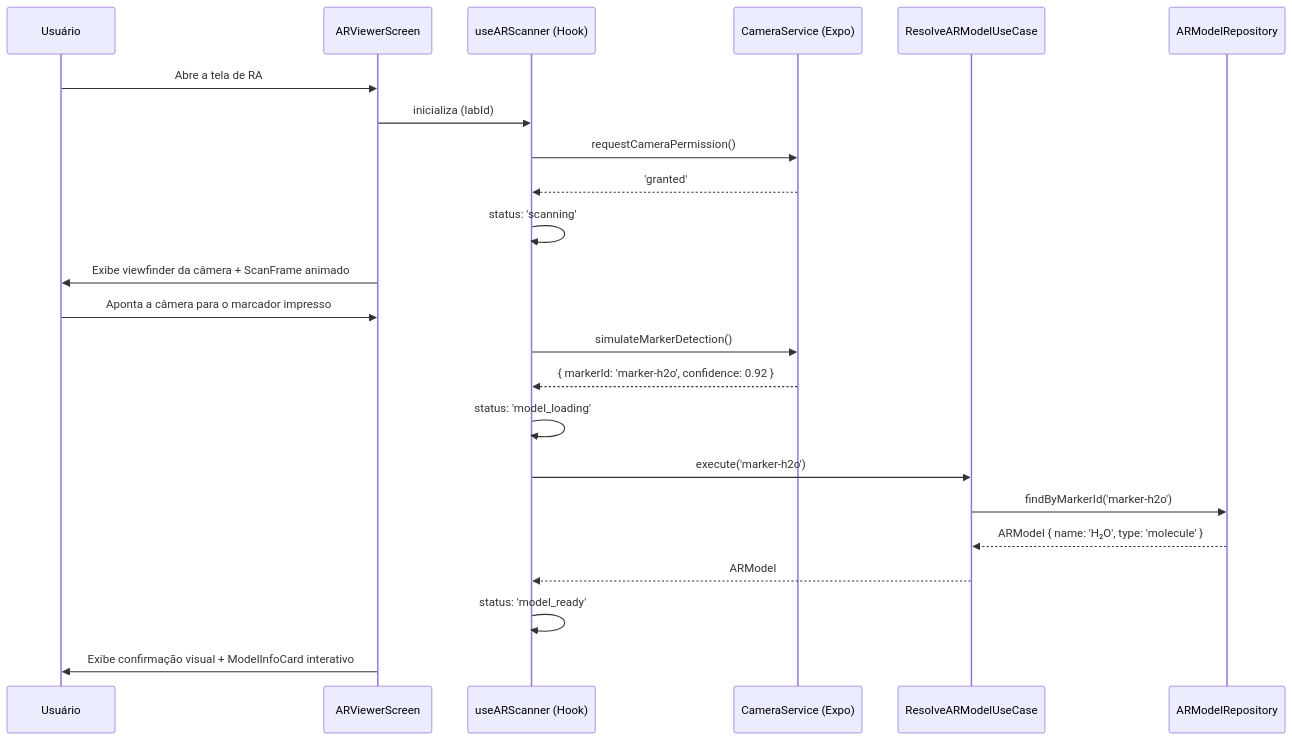
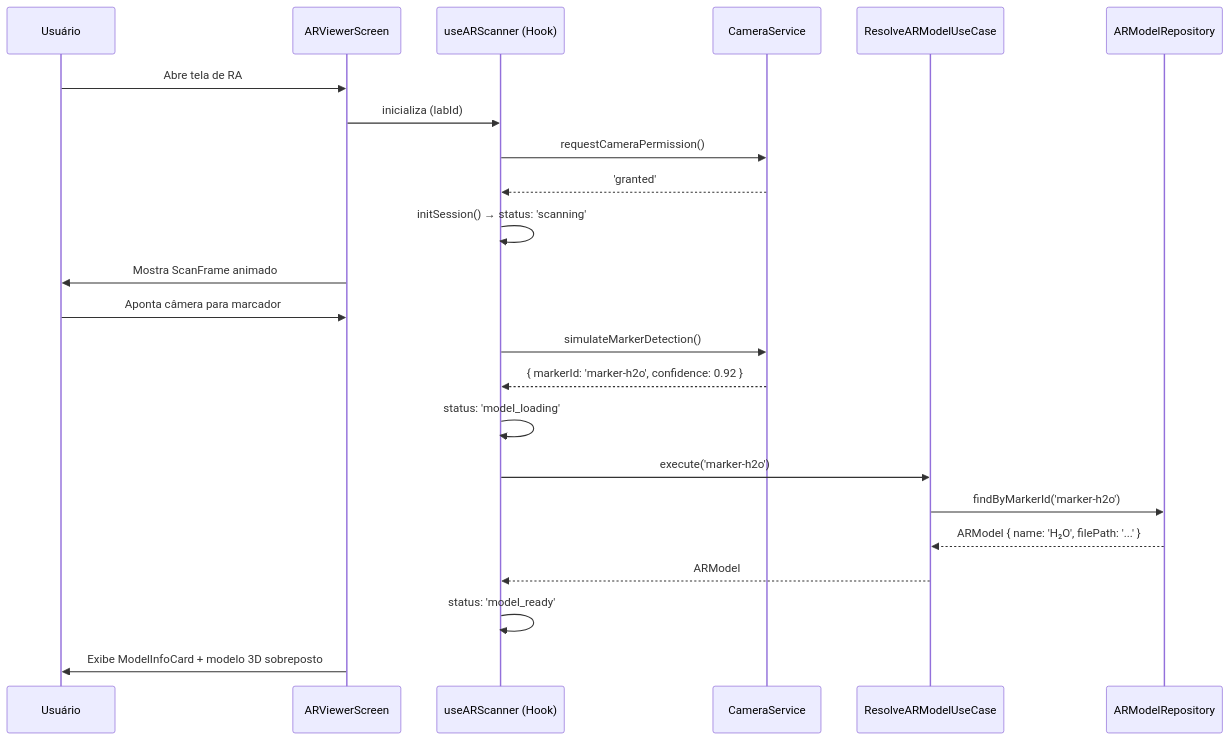
One commit to DJmesh/ar-lab-react-native changed the diagram in README.md. Above: the diagram before and after it, drawn with Mermaid. The commit also changed other lines of this file, not shown here.

First line of the commit message:
docs(readme): restore original detailed README structure with Expo SDK integration

````diff
--- a/README.md
+++ b/README.md
@@ -199,29 +265,29 @@
 ```mermaid
 sequenceDiagram
     participant U as Usuário
     participant UI as ARViewerScreen
     participant H as useARScanner (Hook)
-    participant CS as CameraService (Expo)
+    participant CS as CameraService
     participant UC as ResolveARModelUseCase
     participant R as ARModelRepository
 
-    U->>UI: Abre a tela de RA
+    U->>UI: Abre tela de RA
     UI->>H: inicializa (labId)
     H->>CS: requestCameraPermission()
     CS-->>H: 'granted'
-    H->>H: status: 'scanning'
-    UI->>U: Exibe viewfinder da câmera + ScanFrame animado
+    H->>H: initSession() → status: 'scanning'
+    UI->>U: Mostra ScanFrame animado
 
-    U->>UI: Aponta a câmera para o marcador impresso
+    U->>UI: Aponta câmera para marcador
     H->>CS: simulateMarkerDetection()
     CS-->>H: { markerId: 'marker-h2o', confidence: 0.92 }
     H->>H: status: 'model_loading'
 
     H->>UC: execute('marker-h2o')
     UC->>R: findByMarkerId('marker-h2o')
-    R-->>UC: ARModel { name: 'H₂O', type: 'molecule' }
+    R-->>UC: ARModel { name: 'H₂O', filePath: '...' }
     UC-->>H: ARModel
     H->>H: status: 'model_ready'
 
-    UI->>U: Exibe confirmação visual + ModelInfoCard interativo
+    UI->>U: Exibe ModelInfoCard + modelo 3D sobreposto
 ```
````
